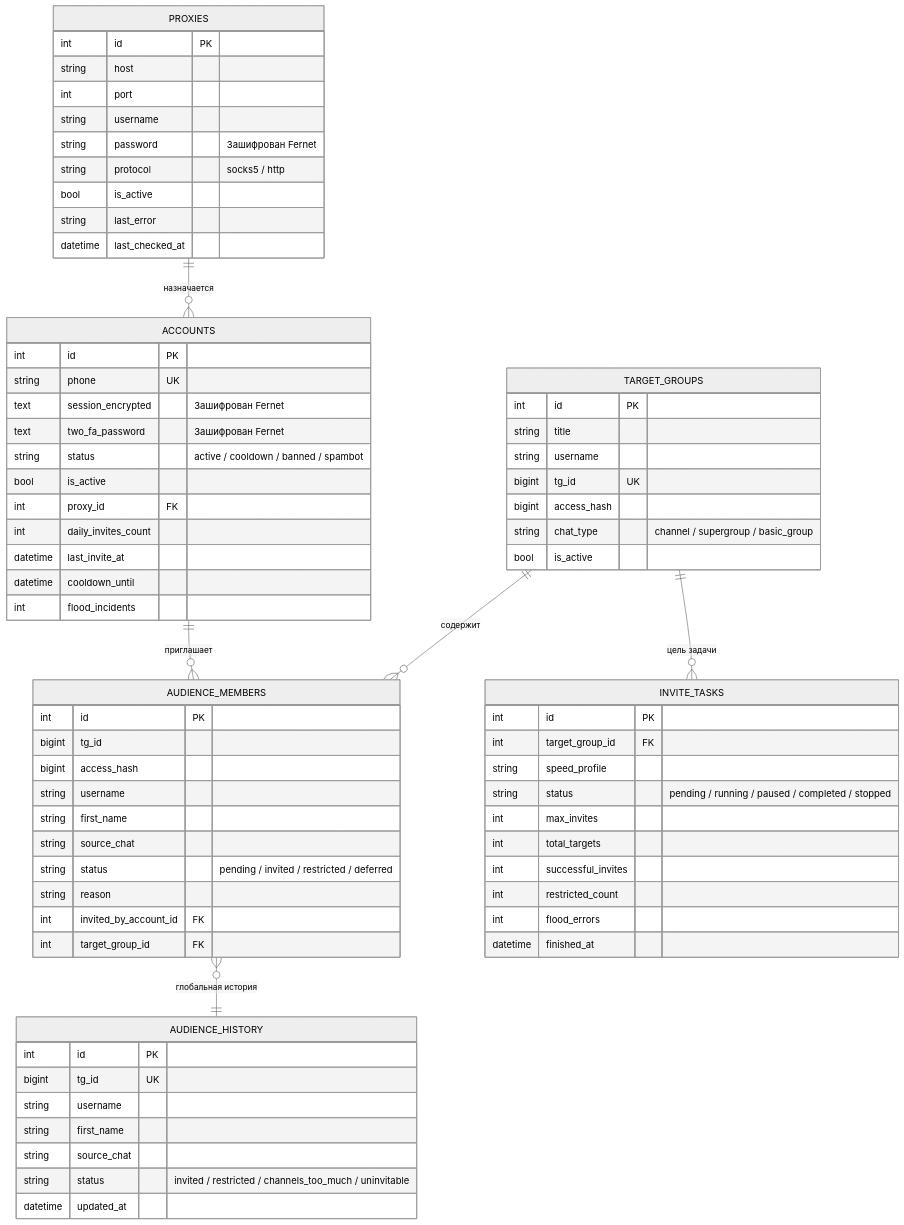
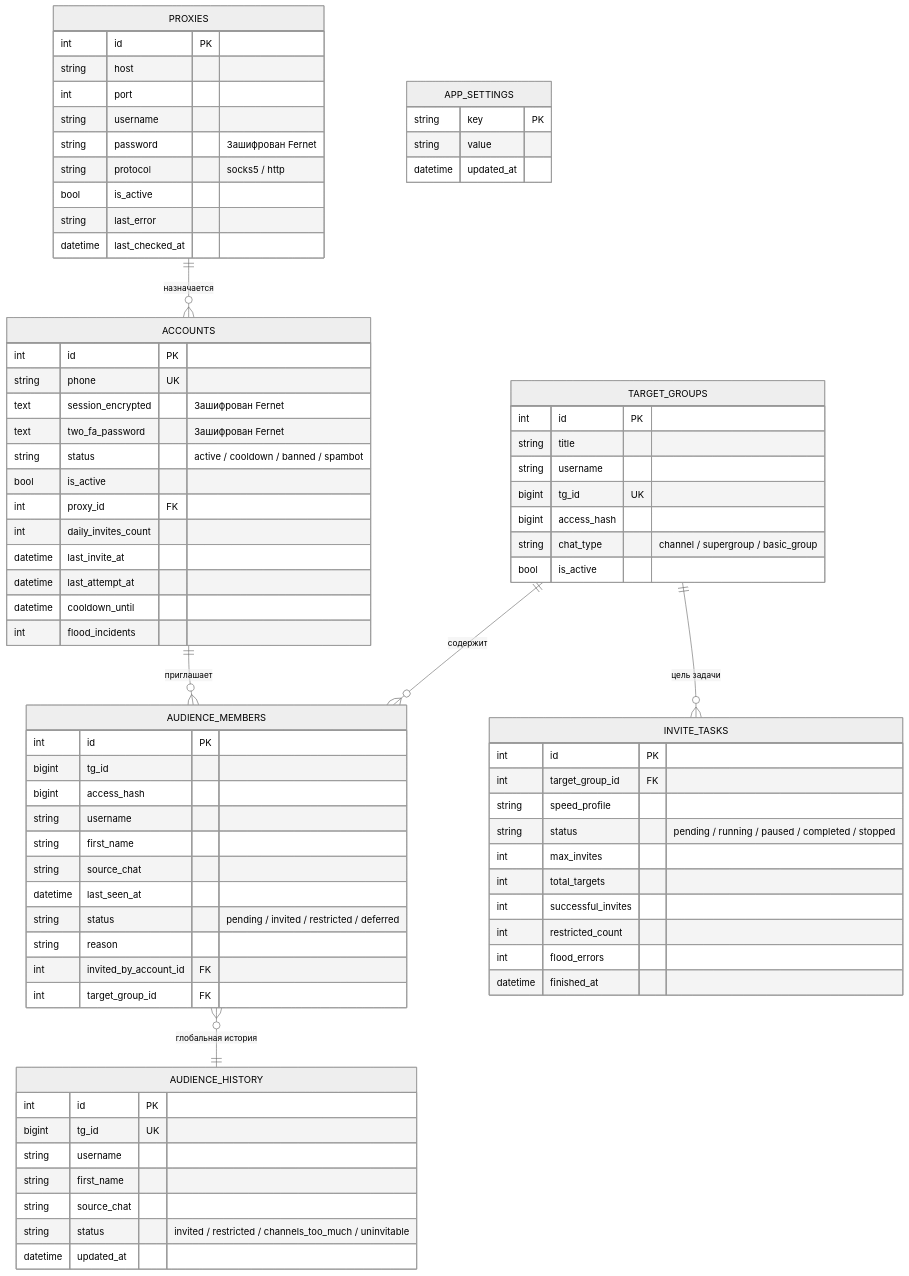
The second of 2 diagrams in docs/ARCHITECTURE.md (ivanchik-byte/tg-invite-machine), drawn with Mermaid (neutral theme) before and after one commit. The commit also changed other lines of this file and 1 other file, not shown here.

Commit message:
docs: update architecture and readme for v0.2.0 release

````diff
--- a/docs/ARCHITECTURE.md
+++ b/docs/ARCHITECTURE.md
@@ -228,6 +257,7 @@
         int proxy_id FK
         int daily_invites_count
         datetime last_invite_at
+        datetime last_attempt_at
         datetime cooldown_until
         int flood_incidents
     }
@@ -249,6 +279,7 @@
         string username
         string first_name
         string source_chat
+        datetime last_seen_at
         string status "pending / invited / restricted / deferred"
         string reason
         int invited_by_account_id FK
@@ -277,4 +308,10 @@
         int flood_errors
         datetime finished_at
     }
+
+    APP_SETTINGS {
+        string key PK
+        string value
+        datetime updated_at
+    }
 ```
````
